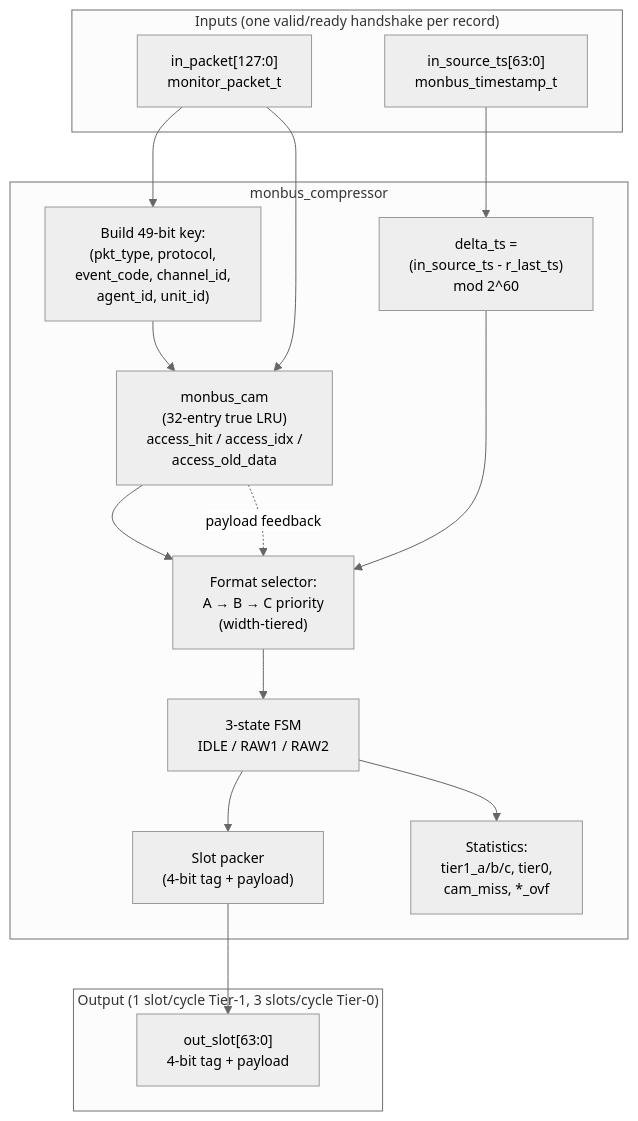
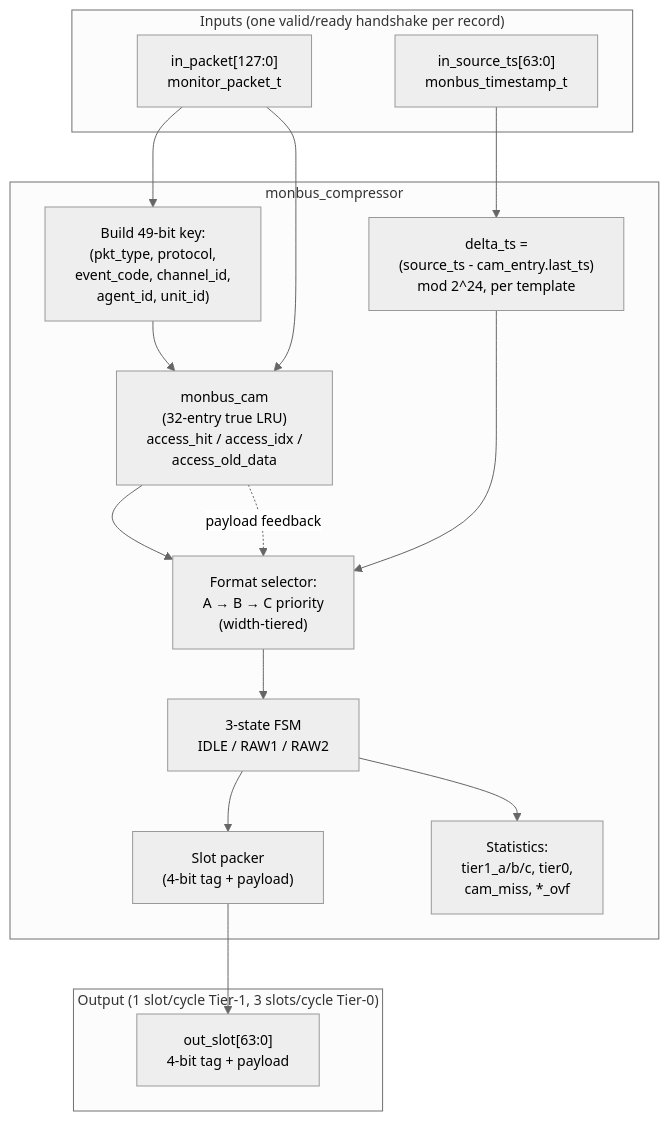
Before and after one commit to sean-galloway/RTLDesignSherpa: the diagram in docs/markdown/rtl-amba/monitor/monbus_compressor.md, drawn with Mermaid. The commit also changed other lines of this file and 31 other files, not shown here.

````diff
--- a/docs/markdown/rtl-amba/monitor/monbus_compressor.md
+++ b/docs/markdown/rtl-amba/monitor/monbus_compressor.md
@@ -84,34 +84,34 @@
 ```mermaid
 %%{init: {'theme': 'neutral', 'themeVariables': { 'fontSize': '14px'}}}%%
 flowchart TB
     subgraph Inputs["Inputs (one valid/ready handshake per record)"]
         IN_PKT["in_packet[127:0]<br/>monitor_packet_t"]
         IN_TS["in_source_ts[63:0]<br/>monbus_timestamp_t"]
     end
 
     subgraph monbus_compressor["monbus_compressor"]
         KEY["Build 49-bit key:<br/>(pkt_type, protocol,<br/>event_code, channel_id,<br/>agent_id, unit_id)"]
-        DELTA["delta_ts =<br/>(in_source_ts - r_last_ts)<br/>mod 2^60"]
+        DELTA["delta_ts =<br/>(source_ts - cam_entry.last_ts)<br/>mod 2^24, per template"]
         CAM["monbus_cam<br/>(32-entry true LRU)<br/>access_hit / access_idx /<br/>access_old_data"]
         FMT_SEL["Format selector:<br/>A → B → C priority<br/>(width-tiered)"]
         FSM["3-state FSM<br/>IDLE / RAW1 / RAW2"]
         PACK["Slot packer<br/>(4-bit tag + payload)"]
         STATS["Statistics:<br/>tier1_a/b/c, tier0,<br/>cam_miss, *_ovf"]
     end
 
     subgraph Output["Output (1 slot/cycle Tier-1, 3 slots/cycle Tier-0)"]
         OUT_SLOT["out_slot[63:0]<br/>4-bit tag + payload"]
     end
 
     IN_PKT --> KEY
     IN_PKT --> CAM
     IN_TS --> DELTA
     KEY --> CAM
     CAM --> FMT_SEL
     DELTA --> FMT_SEL
     FMT_SEL --> FSM
     FSM --> PACK
     CAM -.payload feedback.-> FMT_SEL
     PACK --> OUT_SLOT
     FSM --> STATS
 ```
````
